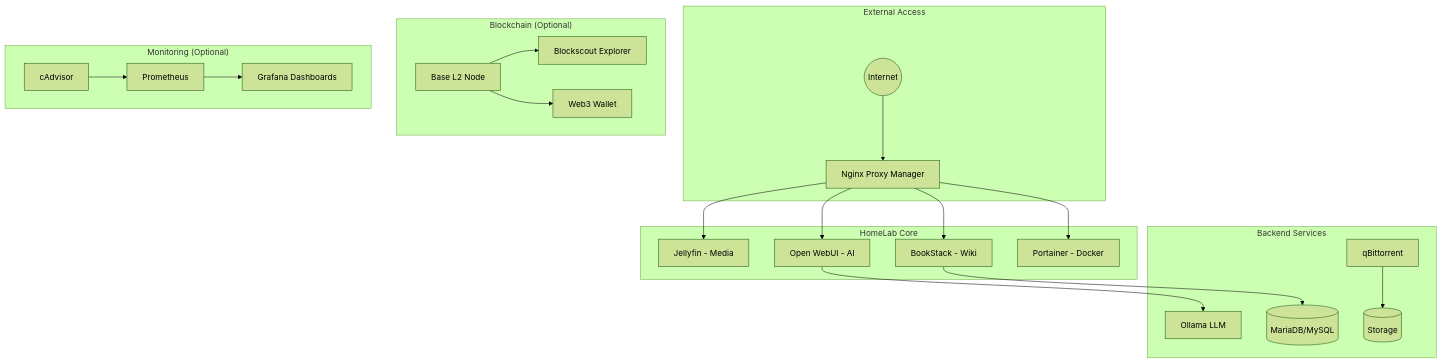
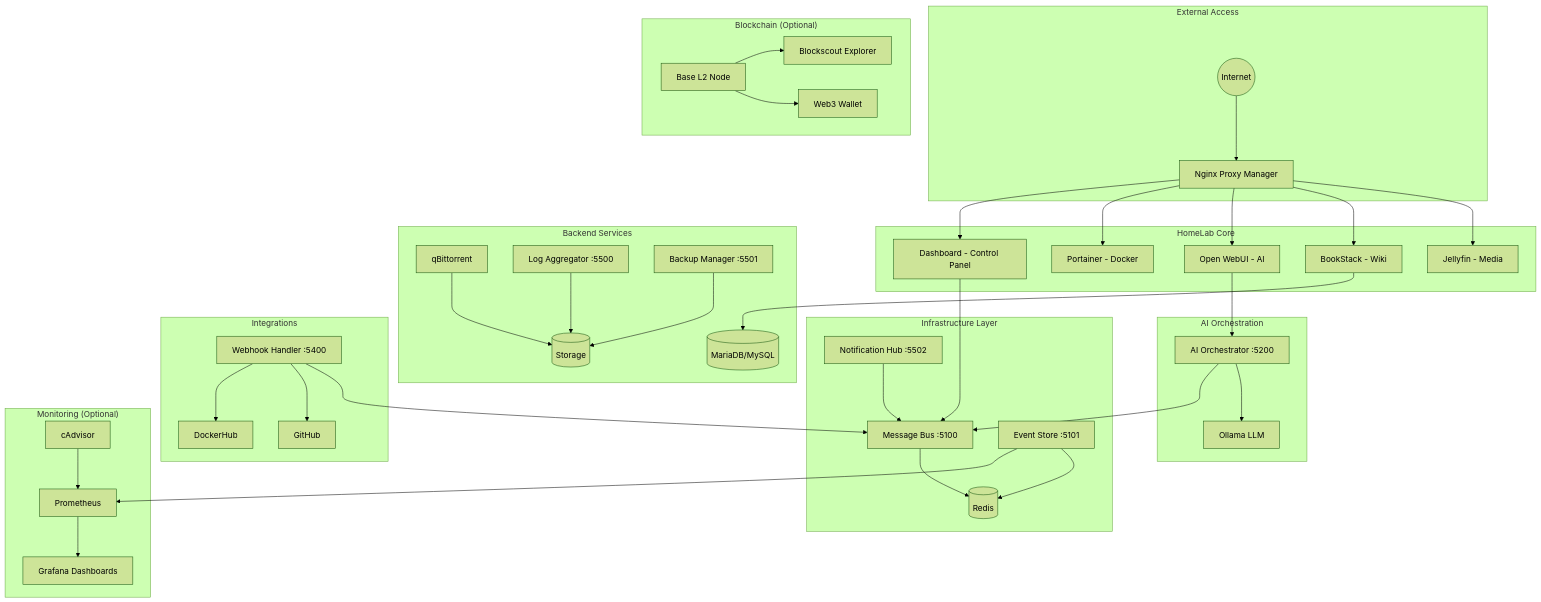
The diagram in README.md (kenj4mes/home.lab), drawn with Mermaid (forest theme) before and after one commit. The commit also changed other lines of this file, not shown here.

Commit message:
docs: update README with infrastructure services, commands, and architecture

````diff
--- a/README.md
+++ b/README.md
@@ -102,29 +103,51 @@
 ```mermaid
 graph TD
     subgraph "External Access"
         Internet((Internet)) --> NPM[Nginx Proxy Manager]
     end
 
     subgraph "HomeLab Core"
         NPM --> Jellyfin[Jellyfin - Media]
         NPM --> BookStack[BookStack - Wiki]
         NPM --> WebUI[Open WebUI - AI]
         NPM --> Portainer[Portainer - Docker]
+        NPM --> Dashboard[Dashboard - Control Panel]
+    end
+
+    subgraph "Infrastructure Layer"
+        MessageBus[Message Bus :5100] --> Redis[(Redis)]
+        EventStore[Event Store :5101] --> Redis
+        Dashboard --> MessageBus
+        NotifyHub[Notification Hub :5502] --> MessageBus
+    end
+
+    subgraph "AI Orchestration"
+        AIOrch[AI Orchestrator :5200] --> Ollama[Ollama LLM]
+        AIOrch --> MessageBus
+        WebUI --> AIOrch
     end
 
     subgraph "Backend Services"
-        WebUI --> Ollama[Ollama LLM]
         BookStack --> DB[(MariaDB/MySQL)]
         qBit[qBittorrent] --> Store[(Storage)]
+        LogAgg[Log Aggregator :5500] --> Store
+        BackupMgr[Backup Manager :5501] --> Store
+    end
+
+    subgraph "Integrations"
+        WebhookHandler[Webhook Handler :5400] --> MessageBus
+        WebhookHandler --> GitHub[GitHub]
+        WebhookHandler --> DockerHub[DockerHub]
     end
 
     subgraph "Blockchain (Optional)"
         Base[Base L2 Node] --> Explorer[Blockscout Explorer]
         Base --> Wallet[Web3 Wallet]
     end
 
     subgraph "Monitoring (Optional)"
         Prom[Prometheus] --> Grafana[Grafana Dashboards]
         Cadvisor[cAdvisor] --> Prom
+        EventStore --> Prom
     end
 ```
````
